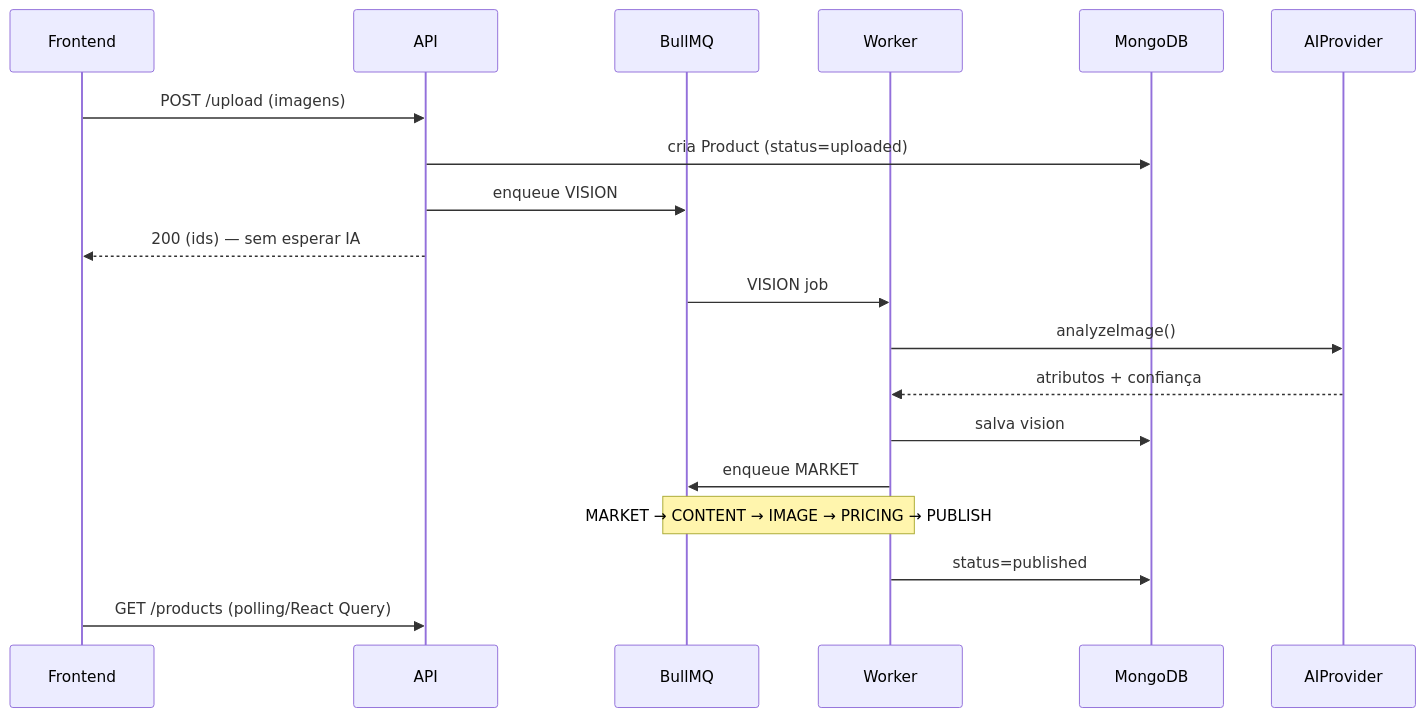
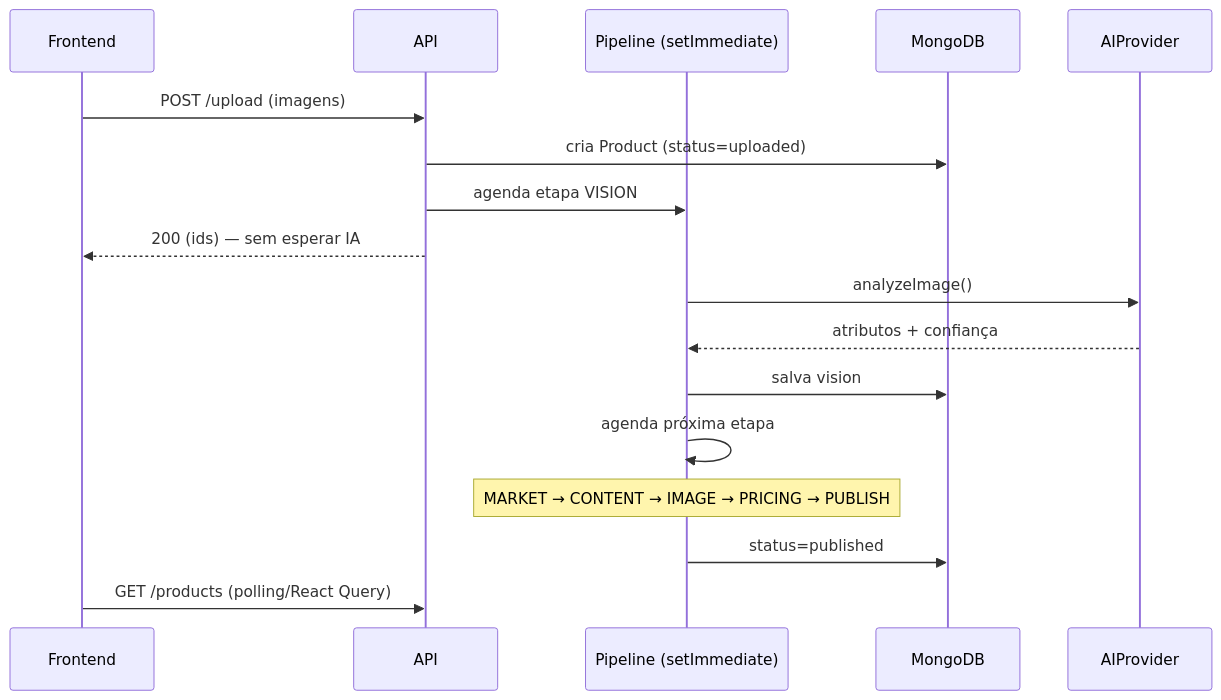
Before and after one commit to gutooz/tecno_plus: the second of 5 diagrams in docs/ARCHITECTURE.md, drawn with Mermaid. The commit also changed other lines of this file and 49 other files, not shown here.

````diff
--- a/docs/ARCHITECTURE.md
+++ b/docs/ARCHITECTURE.md
@@ -45,22 +47,20 @@
 ```mermaid
 sequenceDiagram
   participant FE as Frontend
   participant API as API
-  participant Q as BullMQ
-  participant W as Worker
+  participant BG as Pipeline (setImmediate)
   participant DB as MongoDB
   participant AI as AIProvider
 
   FE->>API: POST /upload (imagens)
   API->>DB: cria Product (status=uploaded)
-  API->>Q: enqueue VISION
+  API->>BG: agenda etapa VISION
   API-->>FE: 200 (ids) — sem esperar IA
-  Q->>W: VISION job
-  W->>AI: analyzeImage()
-  AI-->>W: atributos + confiança
-  W->>DB: salva vision
-  W->>Q: enqueue MARKET
-  Note over W,Q: MARKET → CONTENT → IMAGE → PRICING → PUBLISH
-  W->>DB: status=published
+  BG->>AI: analyzeImage()
+  AI-->>BG: atributos + confiança
+  BG->>DB: salva vision
+  BG->>BG: agenda próxima etapa
+  Note over BG: MARKET → CONTENT → IMAGE → PRICING → PUBLISH
+  BG->>DB: status=published
   FE->>API: GET /products (polling/React Query)
 ```
````
